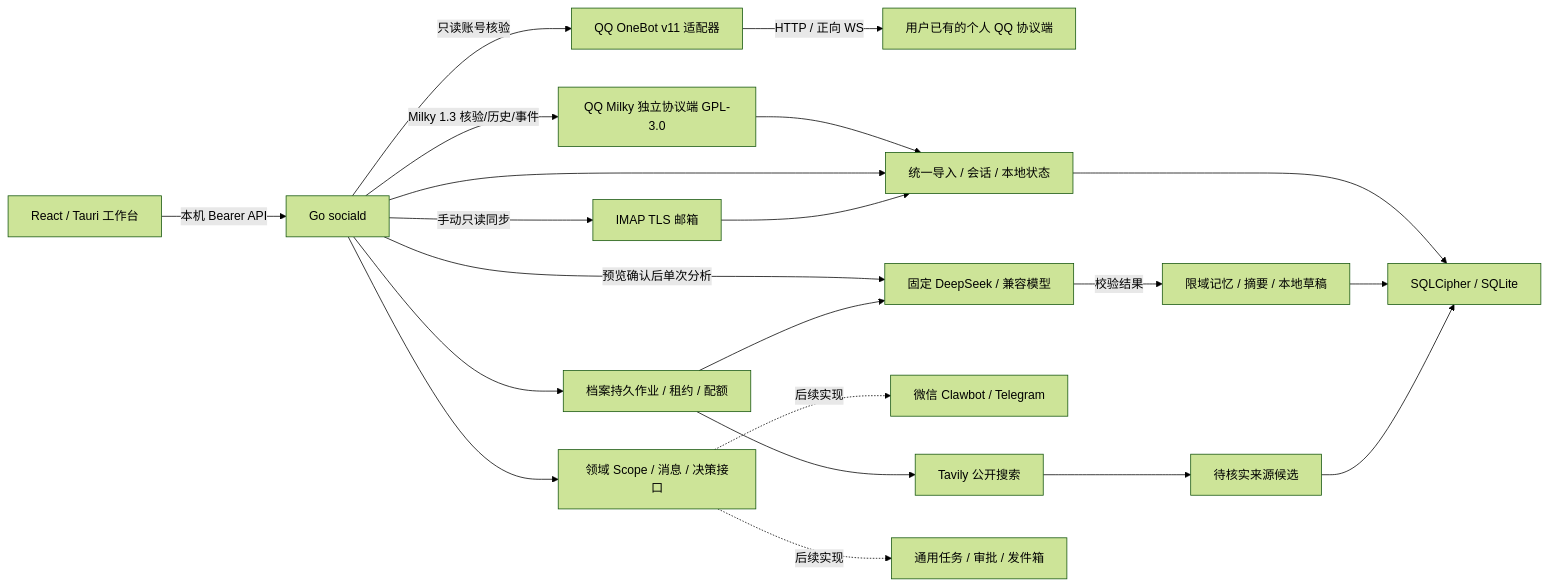
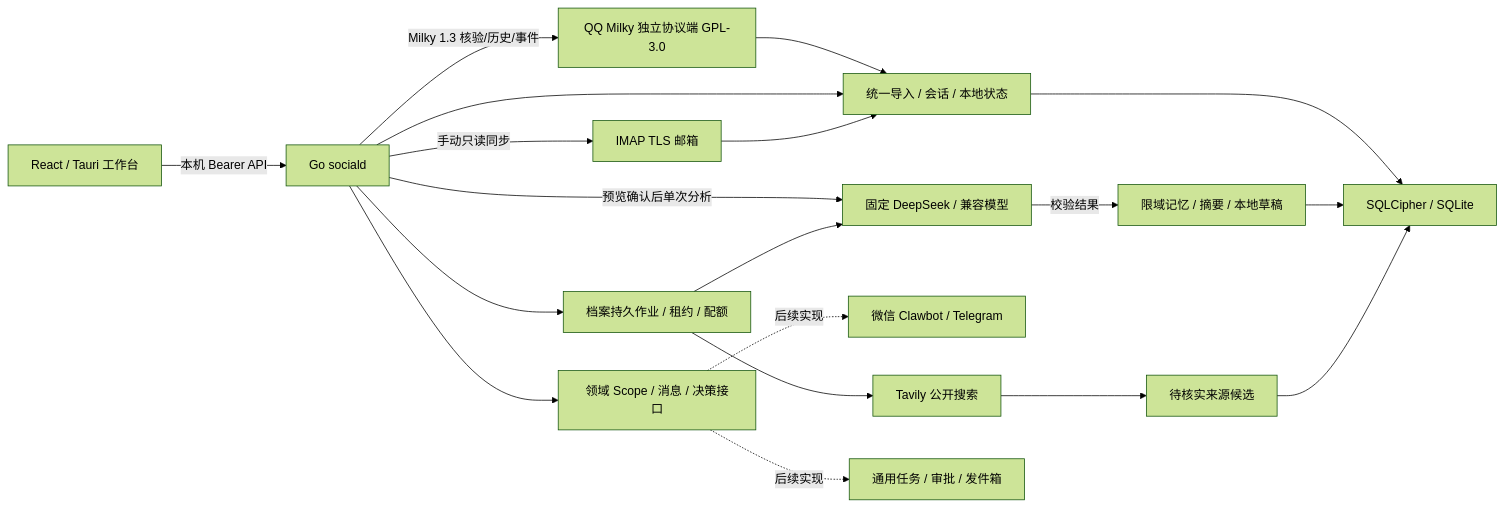
The diagram in README.md (qilinbro/msg-manager), drawn with Mermaid (forest theme) before and after one commit. The commit also changed other lines of this file and 36 other files, not shown here.

Commit message:
feat(qq): [T02] retire OneBot and use Milky only

````diff
--- a/README.md
+++ b/README.md
@@ -94,23 +93,21 @@
 ```mermaid
 flowchart LR
     UI[React / Tauri 工作台] -->|本机 Bearer API| API[Go sociald]
-    API -->|只读账号核验| QQ[QQ OneBot v11 适配器]
-    QQ -->|HTTP / 正向 WS| PROVIDER[用户已有的个人 QQ 协议端]
     API -->|Milky 1.3 核验/历史/事件| MILKY[QQ Milky 独立协议端 GPL-3.0]
     MILKY --> INBOX
     API --> DOMAIN[领域 Scope / 消息 / 决策接口]
     API --> INBOX[统一导入 / 会话 / 本地状态]
     INBOX --> STORE[SQLCipher / SQLite]
     API -->|手动只读同步| EMAIL[IMAP TLS 邮箱]
     EMAIL --> INBOX
     API -->|预览确认后单次分析| AI[固定 DeepSeek / 兼容模型]
     AI -->|校验结果| MEMORY[限域记忆 / 摘要 / 本地草稿]
     MEMORY --> STORE
     DOMAIN -. 后续实现 .-> CONNECTOR[微信 Clawbot / Telegram]
     API --> JOBS[档案持久作业 / 租约 / 配额]
     JOBS --> AI
     JOBS --> SEARCH[Tavily 公开搜索]
     SEARCH --> CANDIDATE[待核实来源候选]
     CANDIDATE --> STORE
     DOMAIN -. 后续实现 .-> AGENT[通用任务 / 审批 / 发件箱]
 ```
````
